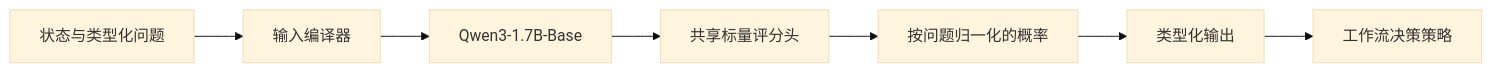
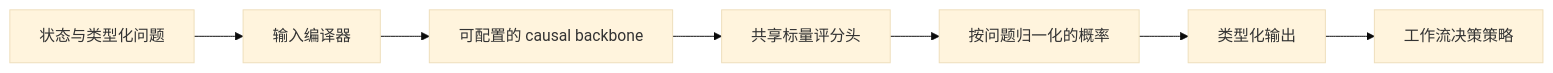
Before and after one commit to overfit-lab/OpenJev: the diagram in README.zh-CN.md, drawn with Mermaid (base theme). The commit also changed other lines of this file and 57 other files, not shown here.

````diff
--- a/README.zh-CN.md
+++ b/README.zh-CN.md
@@ -80,9 +91,9 @@
 ```mermaid
 flowchart LR
     A[状态与类型化问题] --> B[输入编译器]
-    B --> C[Qwen3-1.7B-Base]
+    B --> C[可配置的 causal backbone]
     C --> D[共享标量评分头]
     D --> E[按问题归一化的概率]
     E --> F[类型化输出]
     F --> G[工作流决策策略]
 ```
````
